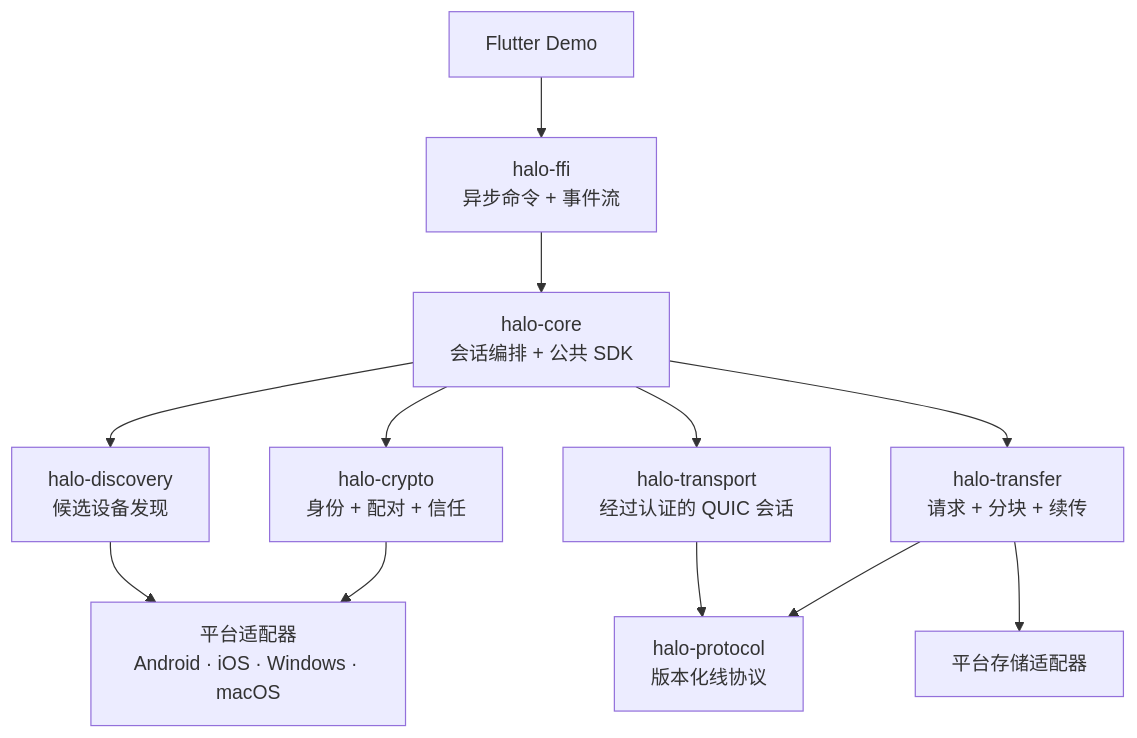
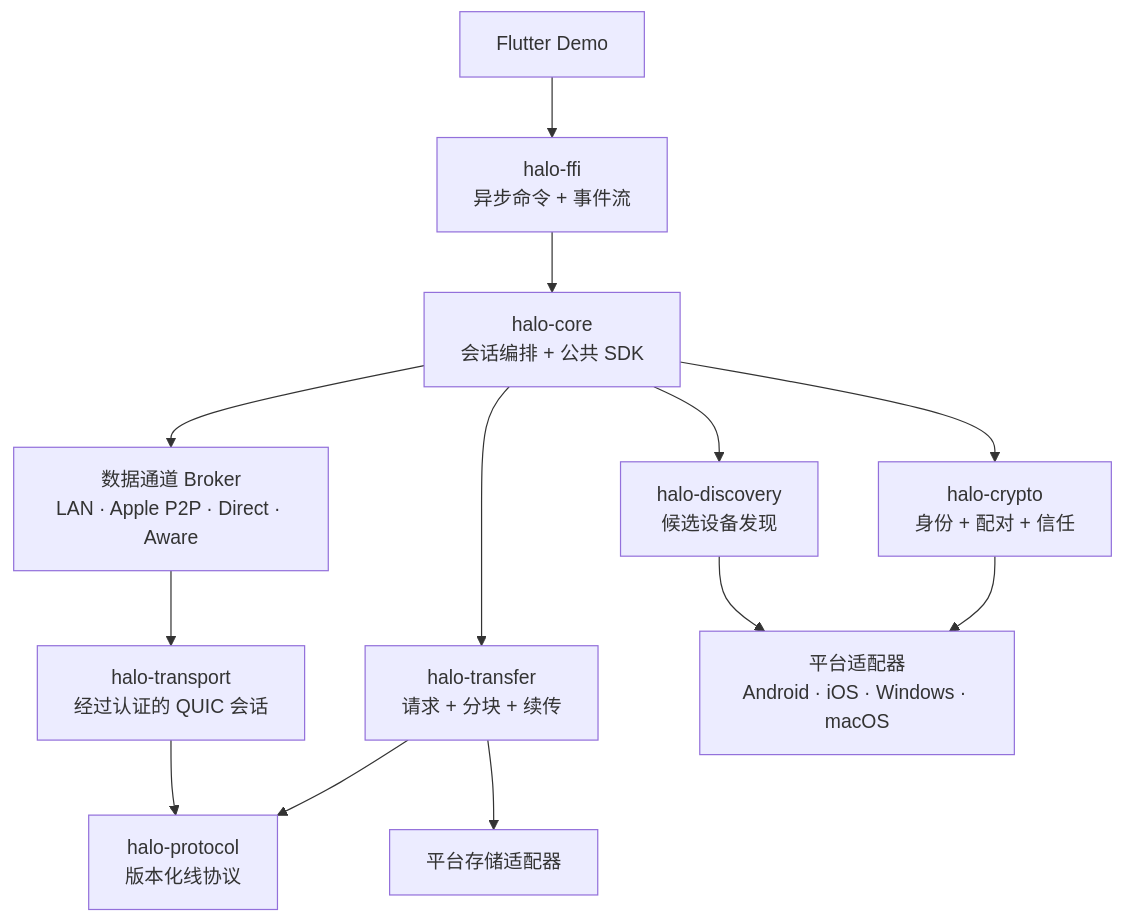
One commit to huarangmeng/Halo changed the first of 2 diagrams in README.zh-CN.md. Above: the diagram before and after it, drawn with Mermaid. The commit also changed other lines of this file and 70 other files, not shown here.

````diff
--- a/README.zh-CN.md
+++ b/README.zh-CN.md
@@ -124,14 +140,15 @@
 ```mermaid
 flowchart TB
     UI["Flutter Demo"] --> FFI["halo-ffi\n异步命令 + 事件流"]
     FFI --> Core["halo-core\n会话编排 + 公共 SDK"]
     Core --> Discovery["halo-discovery\n候选设备发现"]
     Core --> Crypto["halo-crypto\n身份 + 配对 + 信任"]
-    Core --> Transport["halo-transport\n经过认证的 QUIC 会话"]
+    Core --> Channels["数据通道 Broker\nLAN · Apple P2P · Direct · Aware"]
+    Channels --> Transport["halo-transport\n经过认证的 QUIC 会话"]
     Core --> Transfer["halo-transfer\n请求 + 分块 + 续传"]
     Discovery --> Adapters["平台适配器\nAndroid · iOS · Windows · macOS"]
     Crypto --> Adapters
     Transfer --> Storage["平台存储适配器"]
     Transport --> Protocol["halo-protocol\n版本化线协议"]
     Transfer --> Protocol
 ```
````
